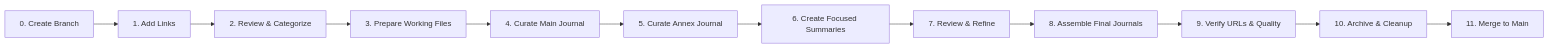
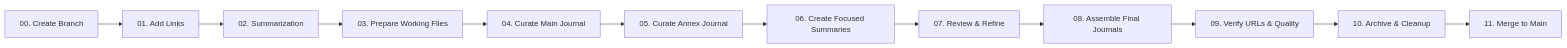
The diagram in README.md (beijaflor/gen-ai-journal), drawn with Mermaid before and after one commit. The commit also changed other lines of this file and 4 other files, not shown here.

````diff
--- a/README.md
+++ b/README.md
@@ -9,14 +9,14 @@
 ```mermaid
 graph LR
-    A[0. Create Branch] --> B[1. Add Links]
-    B --> C[2. Review & Categorize]
-    C --> D[3. Prepare Working Files]
-    D --> E[4. Curate Main Journal]
-    E --> F[5. Curate Annex Journal]
-    F --> G[6. Create Focused Summaries]
-    G --> H[7. Review & Refine]
-    H --> I[8. Assemble Final Journals]
-    I --> J[9. Verify URLs & Quality]
+    A[00. Create Branch] --> B[01. Add Links]
+    B --> C[02. Summarization]
+    C --> D[03. Prepare Working Files]
+    D --> E[04. Curate Main Journal]
+    E --> F[05. Curate Annex Journal]
+    F --> G[06. Create Focused Summaries]
+    G --> H[07. Review & Refine]
+    H --> I[08. Assemble Final Journals]
+    I --> J[09. Verify URLs & Quality]
     J --> K[10. Archive & Cleanup]
     K --> L[11. Merge to Main]
 ```
````
